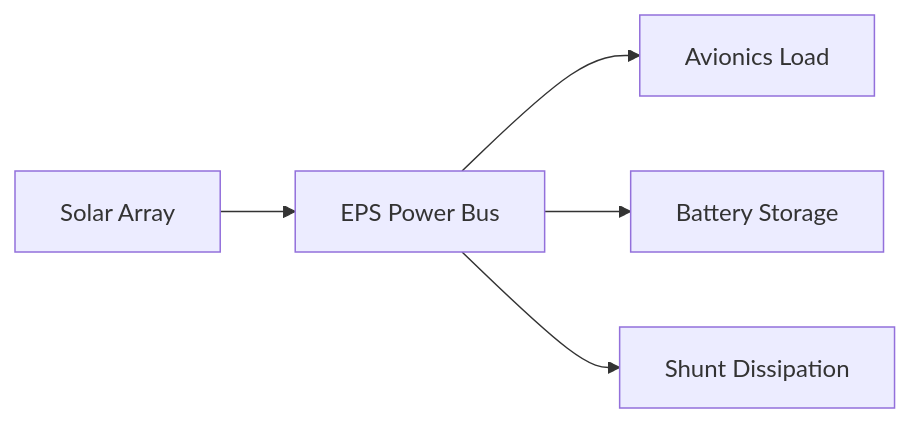
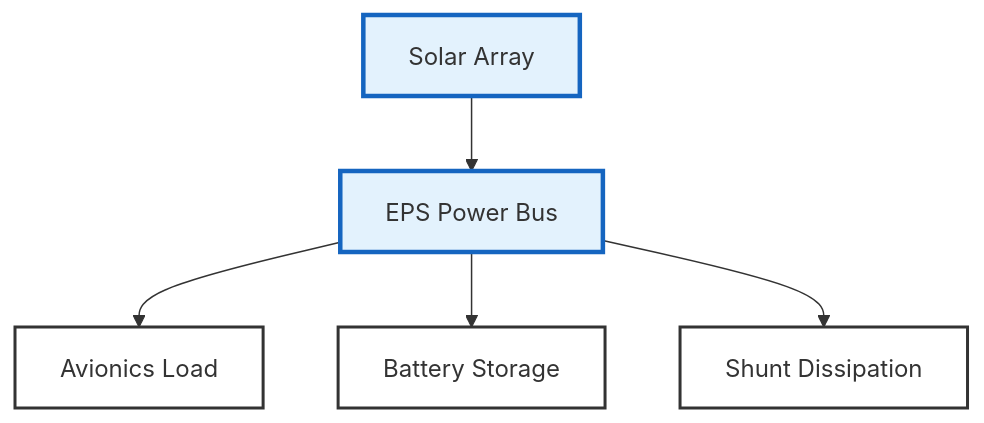
Before and after one commit to chetan0021/spacecraft-eps-power-budget: the seventh of 8 diagrams in README.md, drawn with Mermaid. The commit also changed other lines of this file, not shown here.

Commit message:
docs: improve diagram readability and add spacecraft architecture outline

````diff
--- a/README.md
+++ b/README.md
@@ -279,7 +350,18 @@
 ```mermaid
-flowchart LR
-    SA[Solar Array] --> EPS[EPS Power Bus]
-    EPS --> AVL[Avionics Load]
-    EPS --> BAT[Battery Storage]
-    EPS --> SHUNT[Shunt Dissipation]
+flowchart TD
+    %% Styling
+    classDef default font-family:Inter,font-size:16px,color:#333,stroke-width:2px;
+    classDef highPriority fill:#e3f2fd,stroke:#1565c0,stroke-width:3px;
+    classDef component fill:#ffffff,stroke:#333,stroke-width:2px;
+
+    SA[Solar Array]:::highPriority
+    EPS[EPS Power Bus]:::highPriority
+    AVL[Avionics Load]:::component
+    BAT[Battery Storage]:::component
+    SHUNT[Shunt Dissipation]:::component
+
+    SA --> EPS
+    EPS --> AVL
+    EPS --> BAT
+    EPS --> SHUNT
 ```
````
